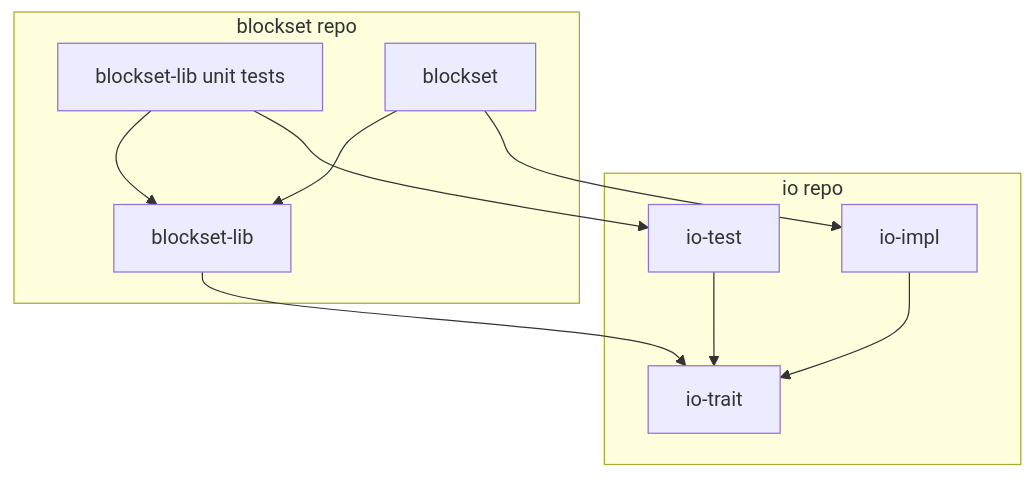
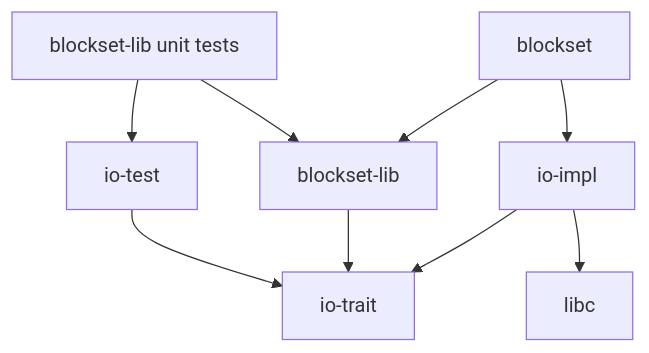
Before and after one commit to datablockset/blockset: the diagram in notes/design.md, drawn with Mermaid.

````diff
--- a/notes/design.md
+++ b/notes/design.md
@@ -3,13 +3,9 @@
 ```mermaid
 graph TD
-  subgraph io repo
-    io-trait
-     io-impl & io-test --> io-trait
-  end
-  subgraph blockset repo
-    blockset-lib-tests[blockset-lib unit tests] --> blockset-lib
-    blockset --> blockset-lib --> io-trait
-    blockset --> io-impl
-    blockset-lib-tests --> io-test
-  end
+  io-trait
+  io-impl & io-test --> io-trait
+  io-impl --> libc
+  blockset-lib-tests[blockset-lib unit tests] --> io-test & blockset-lib
+  blockset --> blockset-lib --> io-trait
+  blockset --> io-impl
 ```
````
